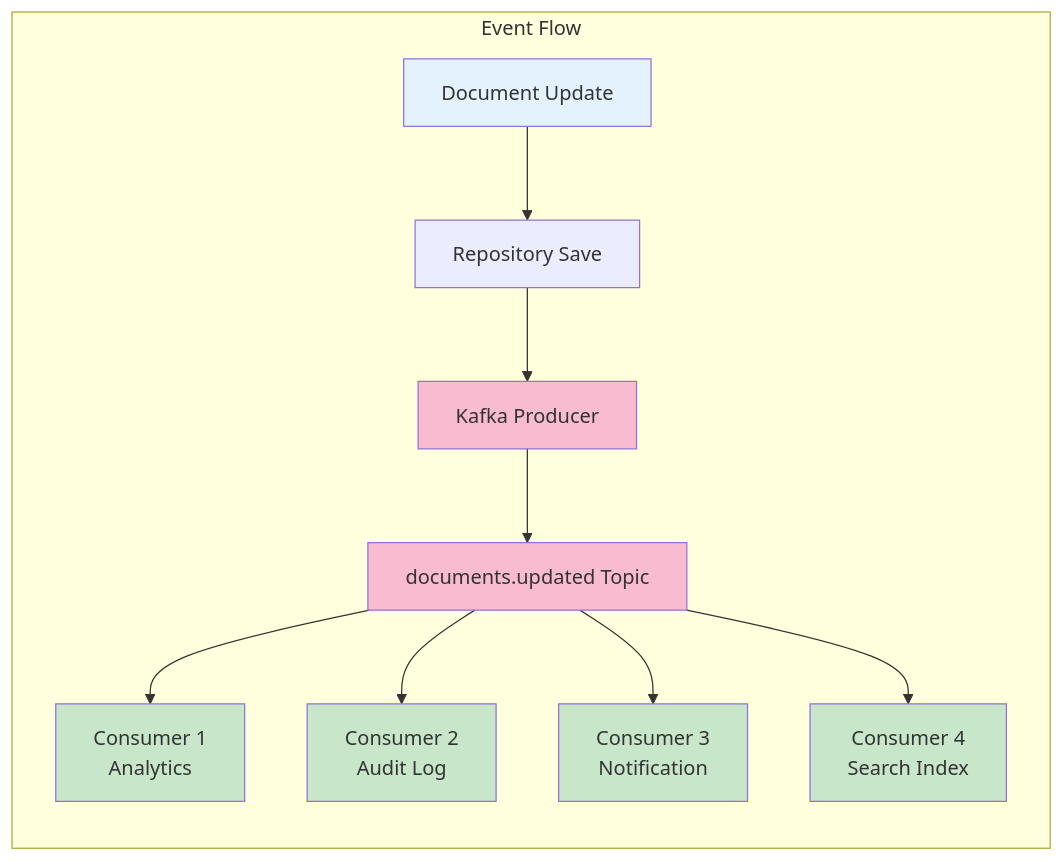
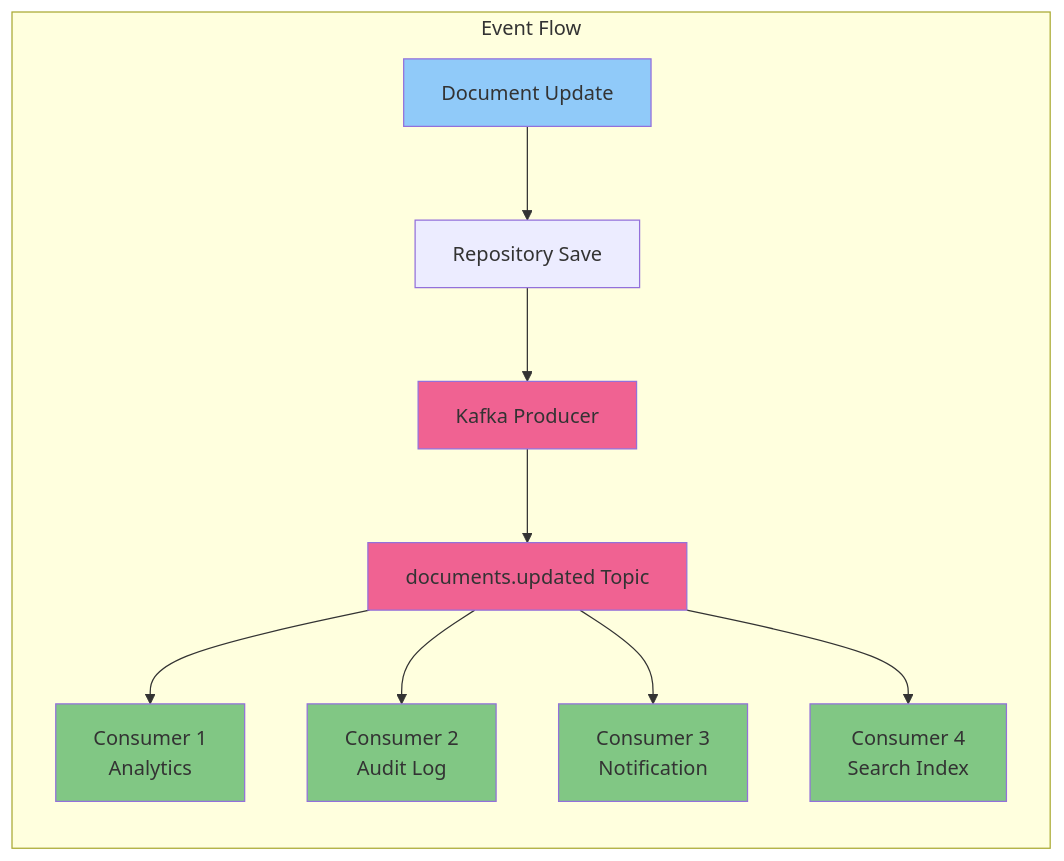
Before and after one commit to YouSangSon/database-service: the seventh of 11 diagrams in docs/ARCHITECTURE.md, drawn with Mermaid. The commit also changed other lines of this file and 5 other files, not shown here.

First line of the commit message:
Update to Go 1.25.4 and improve Mermaid diagram readability

````diff
--- a/docs/ARCHITECTURE.md
+++ b/docs/ARCHITECTURE.md
@@ -317,21 +317,21 @@
 ```mermaid
 graph LR
     subgraph "Event Flow"
         A[Document Update] --> B[Repository Save]
         B --> C[Kafka Producer]
         C --> D[documents.updated Topic]
 
         D --> E[Consumer 1<br/>Analytics]
         D --> F[Consumer 2<br/>Audit Log]
         D --> G[Consumer 3<br/>Notification]
         D --> H[Consumer 4<br/>Search Index]
     end
 
-    style A fill:#e3f2fd
-    style C fill:#f8bbd0
-    style D fill:#f8bbd0
-    style E fill:#c8e6c9
-    style F fill:#c8e6c9
-    style G fill:#c8e6c9
-    style H fill:#c8e6c9
+    style A fill:#90caf9
+    style C fill:#f06292
+    style D fill:#f06292
+    style E fill:#81c784
+    style F fill:#81c784
+    style G fill:#81c784
+    style H fill:#81c784
 ```
````
